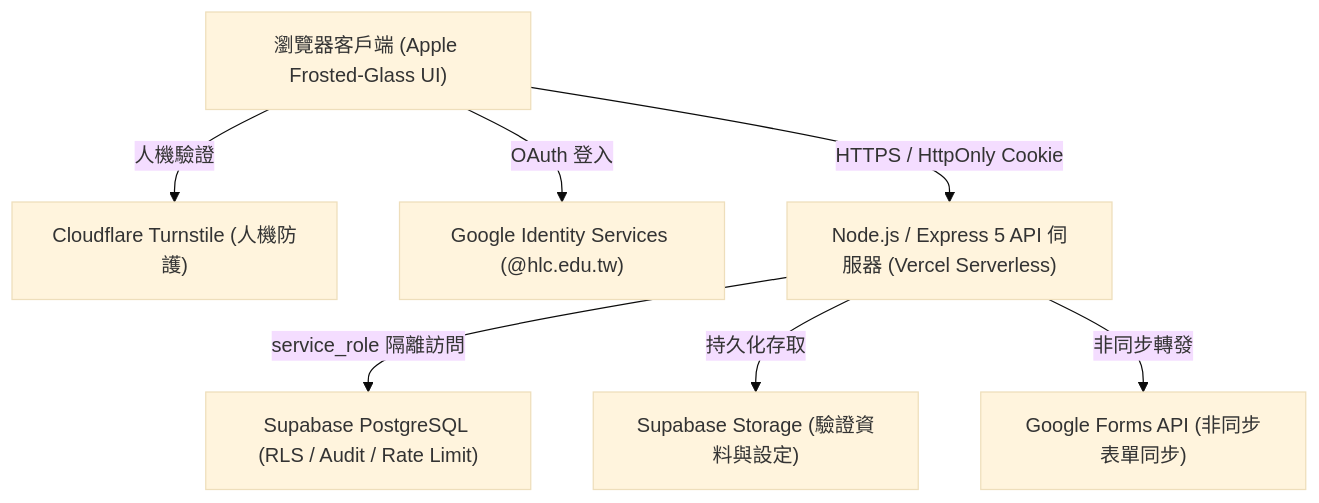
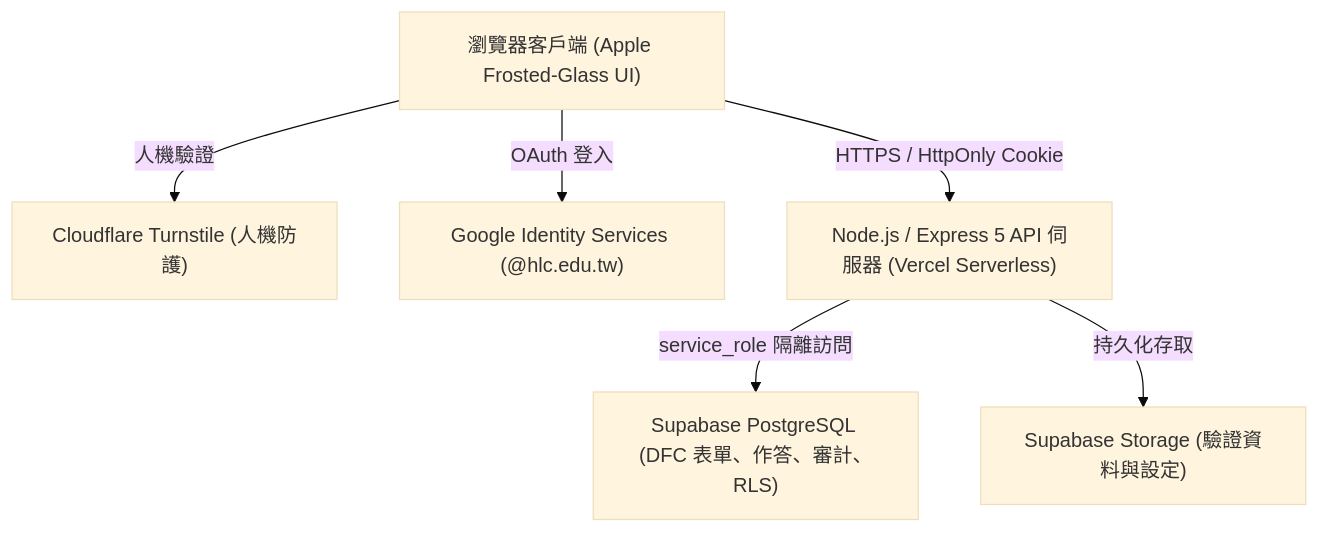
The diagram in README.md (ChangShuKai/kknews), drawn with Mermaid (base theme) before and after one commit. The commit also changed other lines of this file and 7 other files, not shown here.

````diff
--- a/README.md
+++ b/README.md
@@ -89,17 +89,15 @@
 ```mermaid
 flowchart TD
     Client["瀏覽器客戶端 (Apple Frosted-Glass UI)"]
     Turnstile["Cloudflare Turnstile (人機防護)"]
     GoogleAuth["Google Identity Services (@hlc.edu.tw)"]
     Express["Node.js / Express 5 API 伺服器 (Vercel Serverless)"]
-    SupabaseDB["Supabase PostgreSQL (RLS / Audit / Rate Limit)"]
+    SupabaseDB["Supabase PostgreSQL (DFC 表單、作答、審計、RLS)"]
     SupabaseStore["Supabase Storage (驗證資料與設定)"]
-    GoogleForm["Google Forms API (非同步表單同步)"]
 
     Client -->|人機驗證| Turnstile
     Client -->|OAuth 登入| GoogleAuth
     Client -->|HTTPS / HttpOnly Cookie| Express
     Express -->|service_role 隔離訪問| SupabaseDB
     Express -->|持久化存取| SupabaseStore
-    Express -->|非同步轉發| GoogleForm
 ```
````
